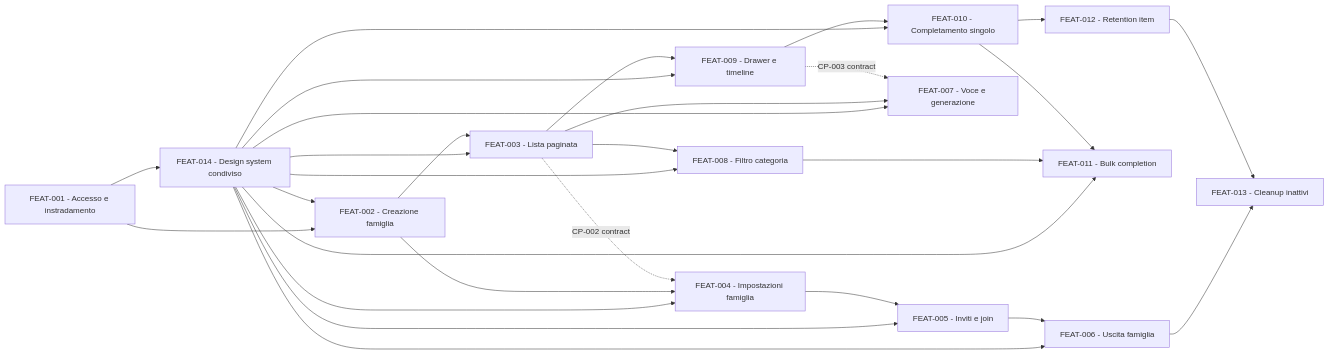
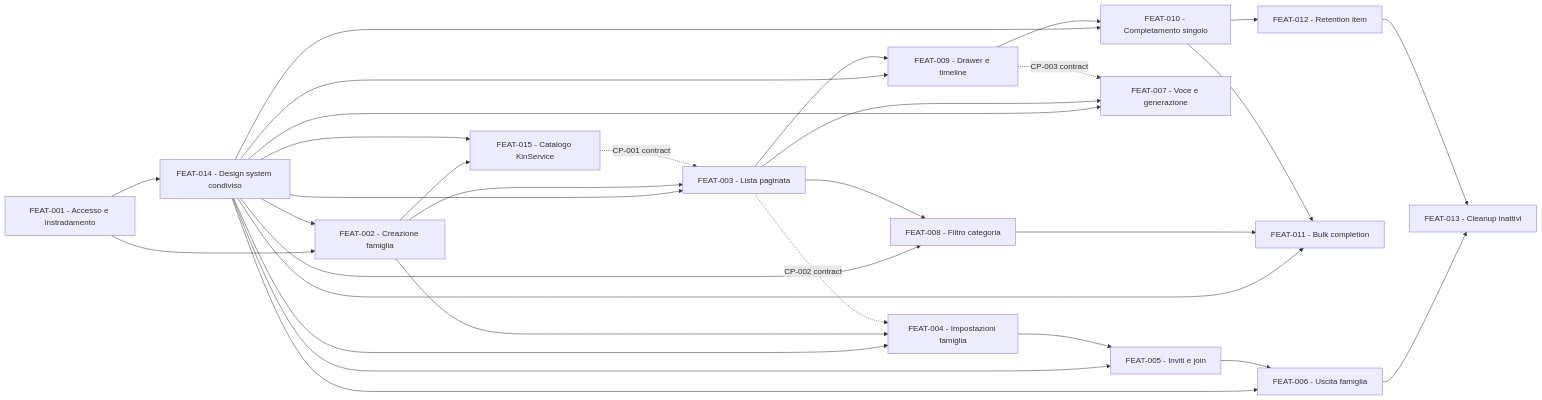
Before and after one commit to martinabruni/DA.KinHub: the diagram in docs/backlog/README.md, drawn with Mermaid. The commit also changed other lines of this file and 4 other files, not shown here.

First line of the commit message:
feat: Enhance KinHub architecture and functional analysis

````diff
--- a/docs/backlog/README.md
+++ b/docs/backlog/README.md
@@ -135,30 +139,33 @@
 ```mermaid
 flowchart LR
     F001["FEAT-001 - Accesso e instradamento"] --> F014["FEAT-014 - Design system condiviso"]
     F001 --> F002["FEAT-002 - Creazione famiglia"]
     F014 --> F002
+    F002 --> F015["FEAT-015 - Catalogo KinService"]
+    F014 --> F015
     F014 --> F003["FEAT-003 - Lista paginata"]
     F014 --> F004["FEAT-004 - Impostazioni famiglia"]
     F014 --> F005["FEAT-005 - Inviti e join"]
     F014 --> F006["FEAT-006 - Uscita famiglia"]
     F014 --> F007["FEAT-007 - Voce e generazione"]
     F014 --> F008["FEAT-008 - Filtro categoria"]
     F014 --> F009["FEAT-009 - Drawer e timeline"]
     F014 --> F010["FEAT-010 - Completamento singolo"]
     F014 --> F011["FEAT-011 - Bulk completion"]
     F002 --> F003["FEAT-003 - Lista paginata"]
     F002 --> F004["FEAT-004 - Impostazioni famiglia"]
     F004 --> F005["FEAT-005 - Inviti e join"]
     F005 --> F006["FEAT-006 - Uscita famiglia"]
     F003 --> F007["FEAT-007 - Voce e generazione"]
     F003 --> F008["FEAT-008 - Filtro categoria"]
     F003 --> F009["FEAT-009 - Drawer e timeline"]
     F009 --> F010["FEAT-010 - Completamento singolo"]
     F008 --> F011["FEAT-011 - Bulk completion"]
     F010 --> F011
     F010 --> F012["FEAT-012 - Retention item"]
     F006 --> F013["FEAT-013 - Cleanup inattivi"]
     F012 --> F013
+    F015 -. "CP-001 contract" .-> F003
     F003 -. "CP-002 contract" .-> F004
     F009 -. "CP-003 contract" .-> F007
 ```
````
